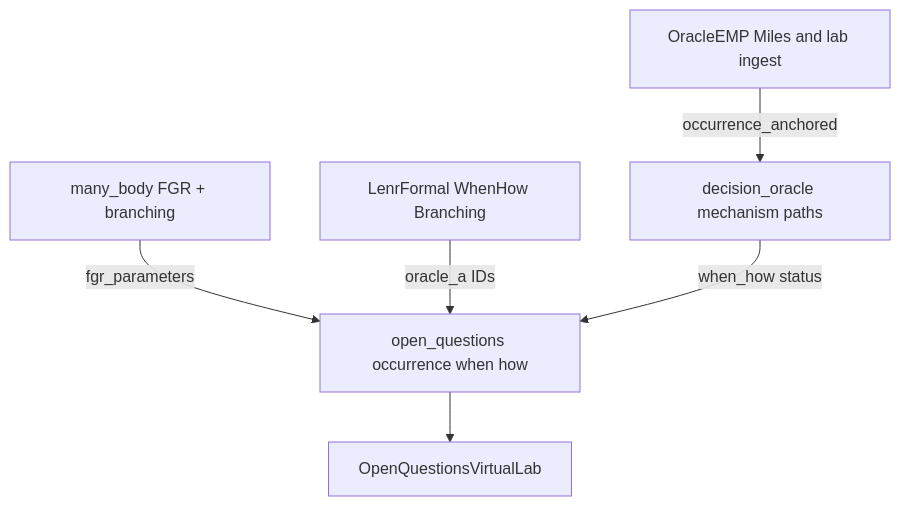
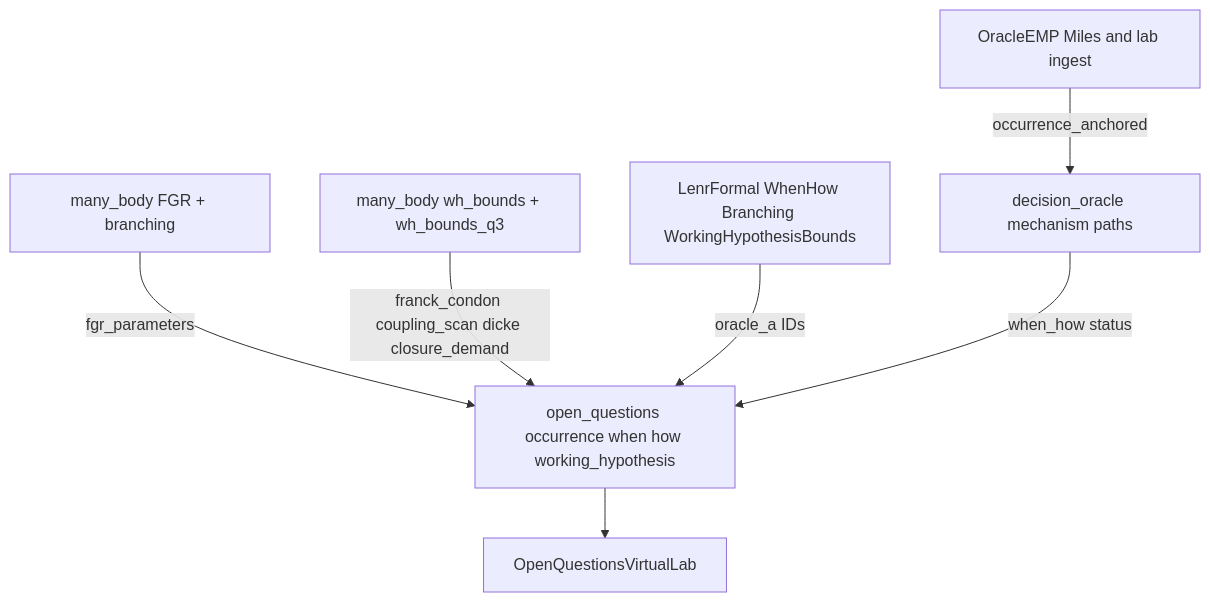
The fifth of 5 diagrams in docs/ARCHITECTURE/OPEN_QUESTIONS_VIRTUAL_LAB_2026-08-22.md (ConsciousEnergy/lenr_sim_app), drawn with Mermaid before and after one commit. The commit also changed other lines of this file and 49 other files, not shown here.

````diff
--- a/docs/ARCHITECTURE/OPEN_QUESTIONS_VIRTUAL_LAB_2026-08-22.md
+++ b/docs/ARCHITECTURE/OPEN_QUESTIONS_VIRTUAL_LAB_2026-08-22.md
@@ -53,14 +112,16 @@
 ```mermaid
 flowchart TB
   emp[OracleEMP Miles and lab ingest]
   umbf[many_body FGR + branching]
-  lean[LenrFormal WhenHow Branching]
+  whb[many_body wh_bounds + wh_bounds_q3]
+  lean[LenrFormal WhenHow Branching WorkingHypothesisBounds]
   dec[decision_oracle mechanism paths]
-  oq[open_questions occurrence when how]
+  oq[open_questions occurrence when how working_hypothesis]
   ui[OpenQuestionsVirtualLab]
   emp -->|"occurrence_anchored"| dec
   umbf -->|"fgr_parameters"| oq
+  whb -->|"franck_condon coupling_scan dicke closure_demand"| oq
   lean -->|"oracle_a IDs"| oq
   dec -->|"when_how status"| oq
   oq --> ui
 ```
````
